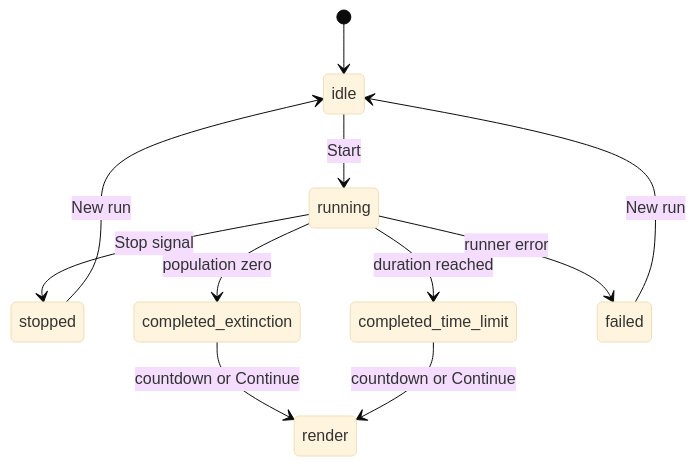
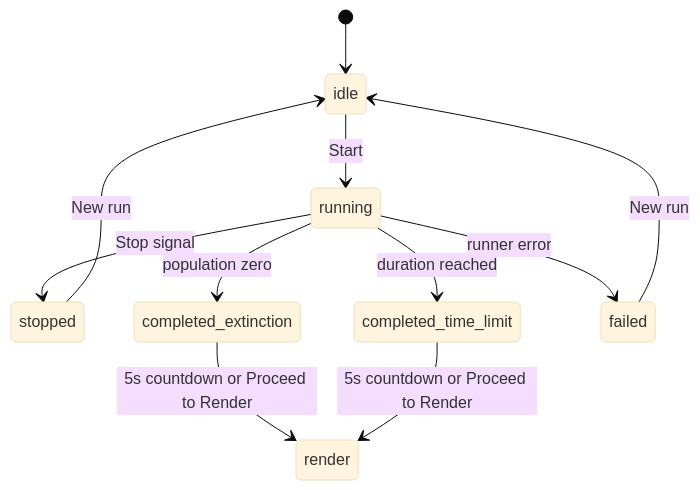
One commit to eloqven/znake changed the third of 4 diagrams in docs/plans/2026-11-27-2035-feat-znake-control-panel-plan.md. Above: the diagram before and after it, drawn with Mermaid (base theme). The commit also changed other lines of this file, not shown here.

Commit message:
docs(plan): resolve countdown, stop-resume, and GPU backend decisions

````diff
--- a/docs/plans/2026-11-27-2035-feat-znake-control-panel-plan.md
+++ b/docs/plans/2026-11-27-2035-feat-znake-control-panel-plan.md
@@ -214,13 +217,13 @@
 ```mermaid
 stateDiagram-v2
   [*] --> idle
   idle --> running: Start
   running --> stopped: Stop signal
   running --> completed_extinction: population zero
   running --> completed_time_limit: duration reached
   running --> failed: runner error
-  completed_extinction --> render: countdown or Continue
-  completed_time_limit --> render: countdown or Continue
+  completed_extinction --> render: 5s countdown or Proceed to Render
+  completed_time_limit --> render: 5s countdown or Proceed to Render
   stopped --> idle: New run
   failed --> idle: New run
 ```
````
